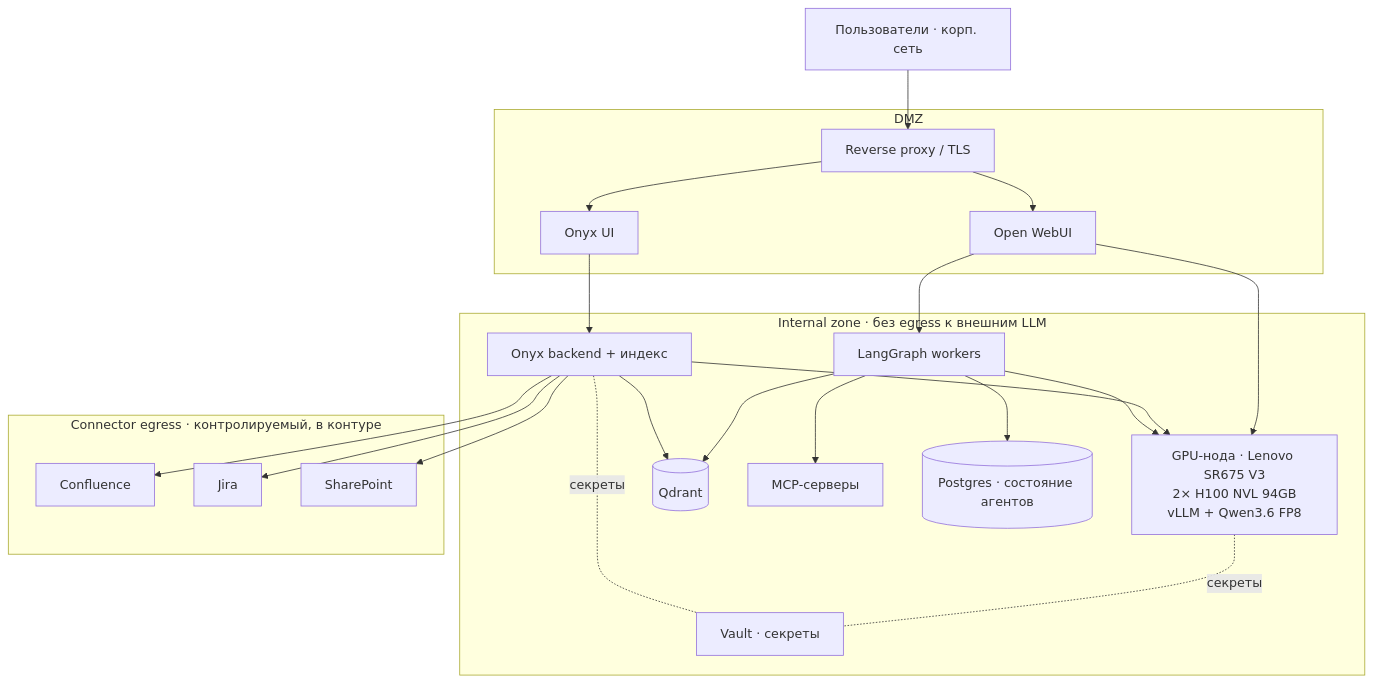
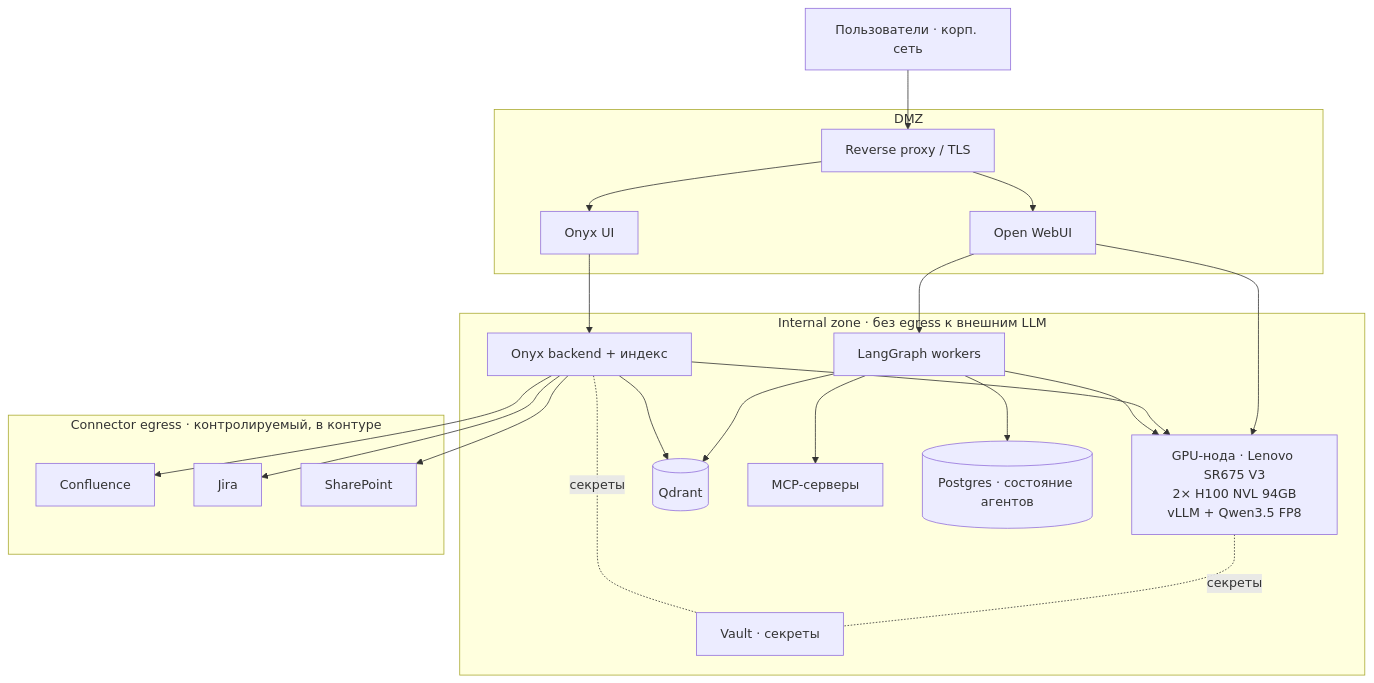
Before and after one commit to ZubikIT/ai-architect: the fourth of 4 diagrams in final-project/diagrams/c4.md, drawn with Mermaid. The commit also changed other lines of this file and 11 other files, not shown here.

````diff
--- a/final-project/diagrams/c4.md
+++ b/final-project/diagrams/c4.md
@@ -127,44 +127,44 @@
 ```mermaid
 flowchart TB
   user["Пользователи · корп. сеть"]
 
   subgraph dmz["DMZ"]
     proxy["Reverse proxy / TLS"]
     owuiD["Open WebUI"]
     onyxUI["Onyx UI"]
   end
 
   subgraph internal["Internal zone · без egress к внешним LLM"]
-    gpu["GPU-нода · Lenovo SR675 V3<br/>2× H100 NVL 94GB<br/>vLLM + Qwen3.6 FP8"]
+    gpu["GPU-нода · Lenovo SR675 V3<br/>2× H100 NVL 94GB<br/>vLLM + Qwen3.5 FP8"]
     qdrD[("Qdrant")]
     onyxB["Onyx backend + индекс"]
     lg["LangGraph workers"]
     mcpD["MCP-серверы"]
     pg[("Postgres · состояние агентов")]
     vaultD["Vault · секреты"]
   end
 
   subgraph conn["Connector egress · контролируемый, в контуре"]
     conf2["Confluence"]
     jira2["Jira"]
     sp2["SharePoint"]
   end
 
   user --> proxy
   proxy --> owuiD
   proxy --> onyxUI
   owuiD --> gpu
   owuiD --> lg
   onyxUI --> onyxB
   onyxB --> gpu
   lg --> gpu
   lg --> qdrD
   lg --> mcpD
   lg --> pg
   onyxB --> qdrD
   onyxB --> conf2
   onyxB --> jira2
   onyxB --> sp2
   gpu -. секреты .- vaultD
   onyxB -. секреты .- vaultD
 ```
````
